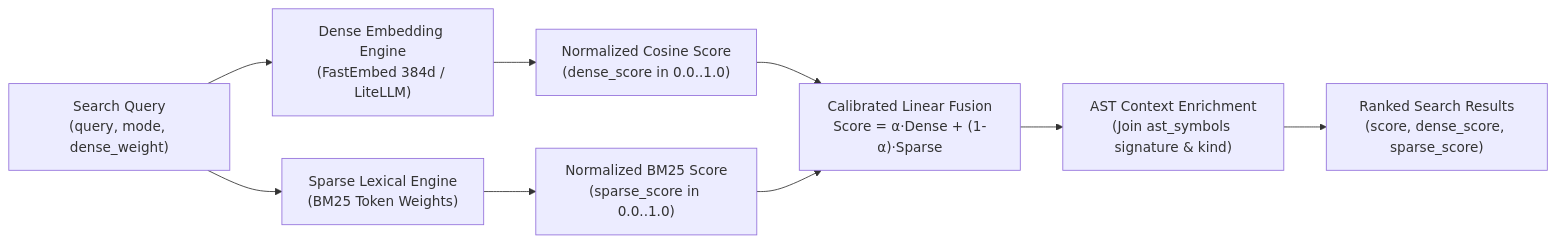
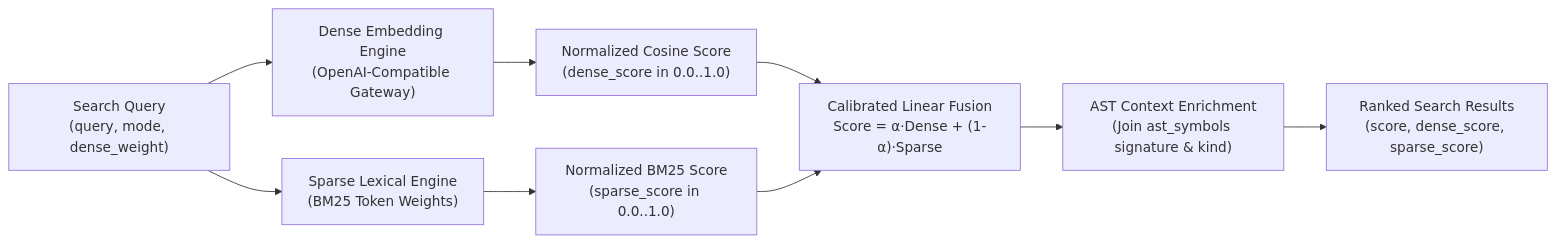
One commit to spelech/contextcortex changed the second of 3 diagrams in docs/architecture/data-pipeline.md. Above: the diagram before and after it, drawn with Mermaid. The commit also changed 17 other files, not shown here.

````diff
--- a/docs/architecture/data-pipeline.md
+++ b/docs/architecture/data-pipeline.md
@@ -71,11 +71,11 @@
 ```mermaid
 flowchart LR
-    Query["Search Query<br/>(query, mode, dense_weight)"] --> DenseEng["Dense Embedding Engine<br/>(FastEmbed 384d / LiteLLM)"]
+    Query["Search Query<br/>(query, mode, dense_weight)"] --> DenseEng["Dense Embedding Engine<br/>(OpenAI-Compatible Gateway)"]
     Query --> SparseEng["Sparse Lexical Engine<br/>(BM25 Token Weights)"]
     DenseEng --> DenseSearch["Normalized Cosine Score<br/>(dense_score in 0.0..1.0)"]
     SparseEng --> SparseSearch["Normalized BM25 Score<br/>(sparse_score in 0.0..1.0)"]
     DenseSearch --> Fusion["Calibrated Linear Fusion<br/>Score = α·Dense + (1-α)·Sparse"]
     SparseSearch --> Fusion
     Fusion --> Enrich["AST Context Enrichment<br/>(Join ast_symbols signature & kind)"]
     Enrich --> Results["Ranked Search Results<br/>(score, dense_score, sparse_score)"]
 ```
````
